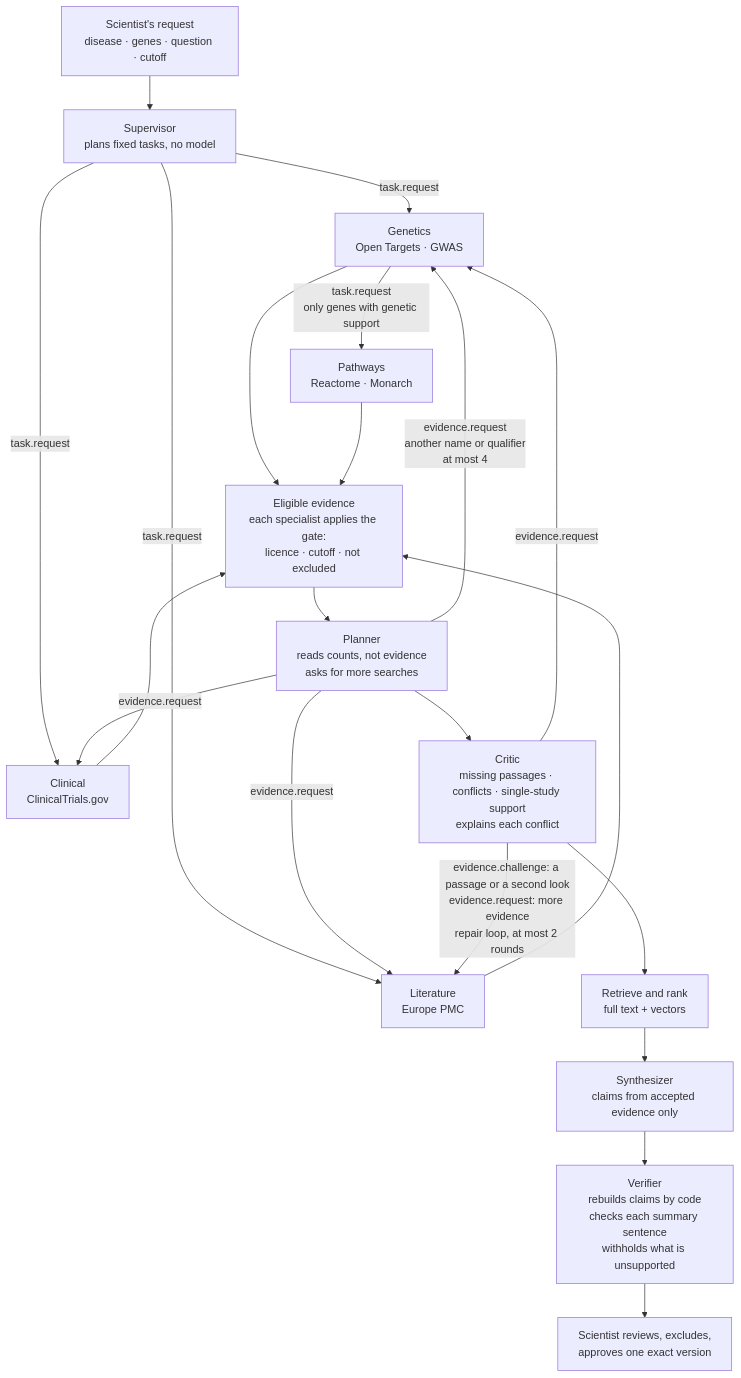
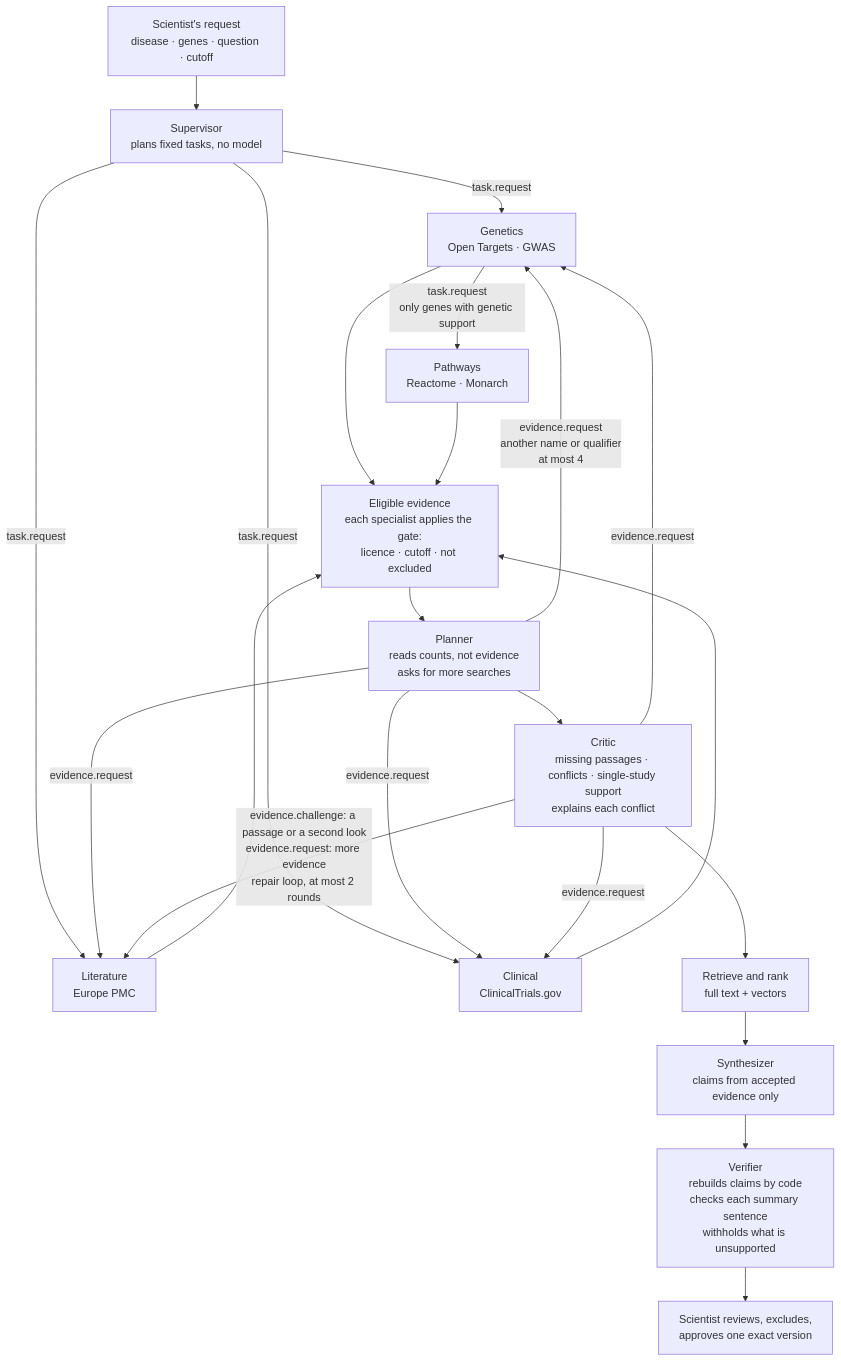
Before and after one commit to Tevaalgorithms/BioNexus-AI: the second of 3 diagrams in README.md, drawn with Mermaid. The commit also changed other lines of this file, not shown here.

````diff
--- a/README.md
+++ b/README.md
@@ -127,23 +127,24 @@
 ```mermaid
 flowchart TB
     REQ["Scientist's request<br/>disease · genes · question · cutoff"] --> SUP["Supervisor<br/>plans fixed tasks, no model"]
     SUP -- "task.request" --> GEN["Genetics<br/>Open Targets · GWAS"]
     SUP -- "task.request" --> LIT["Literature<br/>Europe PMC"]
     SUP -- "task.request" --> CLI["Clinical<br/>ClinicalTrials.gov"]
     GEN -- "task.request<br/>only genes with genetic support" --> PATH["Pathways<br/>Reactome · Monarch"]
     GEN --> EV["Eligible evidence<br/>each specialist applies the gate:<br/>licence · cutoff · not excluded"]
     LIT --> EV
     CLI --> EV
     PATH --> EV
     EV --> PLAN["Planner<br/>reads counts, not evidence<br/>asks for more searches"]
     PLAN -- "evidence.request<br/>another name or qualifier<br/>at most 4" --> GEN
     PLAN -- "evidence.request" --> LIT
     PLAN -- "evidence.request" --> CLI
     PLAN --> CRIT["Critic<br/>missing passages · conflicts · single-study support<br/>explains each conflict"]
     CRIT -- "evidence.challenge: a passage or a second look<br/>evidence.request: more evidence<br/>repair loop, at most 2 rounds" --> LIT
     CRIT -- "evidence.request" --> GEN
+    CRIT -- "evidence.request" --> CLI
     CRIT --> RANK["Retrieve and rank<br/>full text + vectors"]
     RANK --> SYN["Synthesizer<br/>claims from accepted evidence only"]
     SYN --> VER["Verifier<br/>rebuilds claims by code<br/>checks each summary sentence<br/>withholds what is unsupported"]
     VER --> REV["Scientist reviews, excludes,<br/>approves one exact version"]
 ```
````
